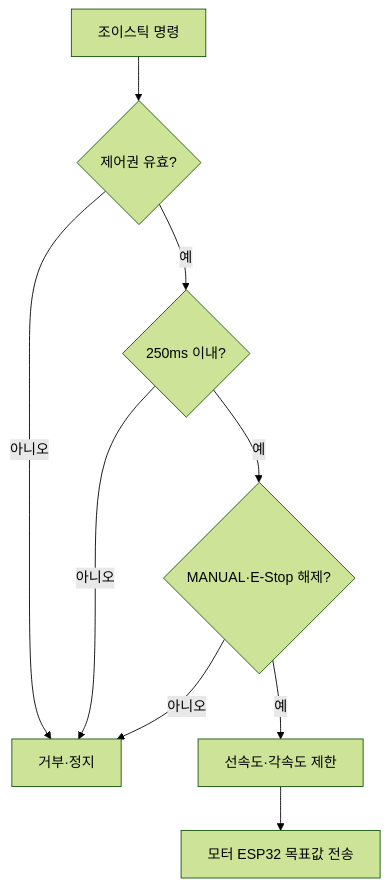
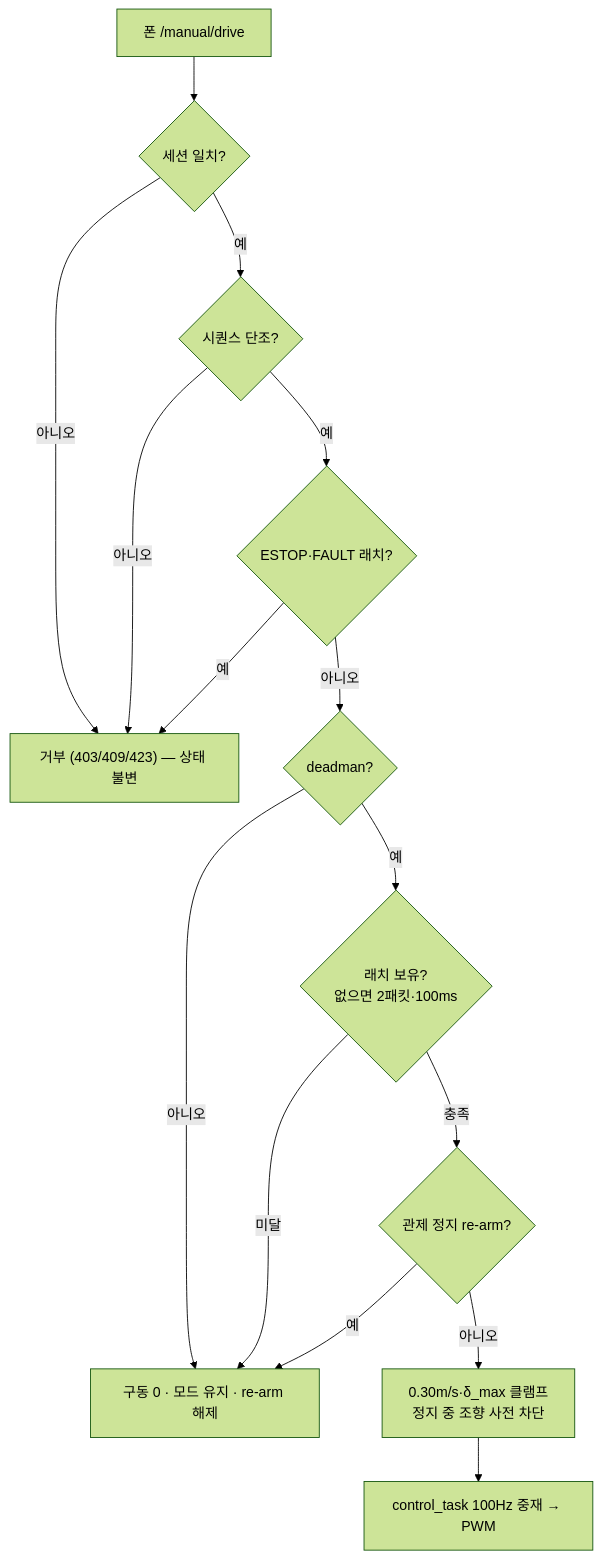
One commit to Common-AIOT/Sentinel-UGV changed the third of 5 diagrams in docs/05-통신-서버-영상.md. Above: the diagram before and after it, drawn with Mermaid (forest theme). The commit also changed other lines of this file and 66 other files, not shown here.

````diff
--- a/docs/05-통신-서버-영상.md
+++ b/docs/05-통신-서버-영상.md
@@ -907,11 +970,17 @@
 ```mermaid
 flowchart TD
-    cmd["조이스틱 명령"] --> session{"제어권 유효?"}
-    session -->|아니오| reject["거부·정지"]
-    session -->|예| fresh{"250ms 이내?"}
-    fresh -->|아니오| reject
-    fresh -->|예| safe{"MANUAL·E-Stop 해제?"}
-    safe -->|아니오| reject
-    safe -->|예| limit["선속도·각속도 제한"]
-    limit --> stm["모터 ESP32 목표값 전송"]
+    cmd["폰 /manual/drive"] --> sess{"세션 일치?"}
+    sess -->|아니오| reject["거부 (403/409/423) — 상태 불변"]
+    sess -->|예| seq{"시퀀스 단조?"}
+    seq -->|아니오| reject
+    seq -->|예| latched{"ESTOP·FAULT 래치?"}
+    latched -->|예| reject
+    latched -->|아니오| dm{"deadman?"}
+    dm -->|아니오| zero["구동 0 · 모드 유지 · re-arm 해제"]
+    dm -->|예| promo{"래치 보유?<br/>없으면 2패킷·100ms"}
+    promo -->|미달| zero
+    promo -->|충족| rearm{"관제 정지 re-arm?"}
+    rearm -->|예| zero
+    rearm -->|아니오| clamp["0.30m/s·δ_max 클램프<br/>정지 중 조향 사전 차단"]
+    clamp --> tick["control_task 100Hz 중재 → PWM"]
 ```
````
